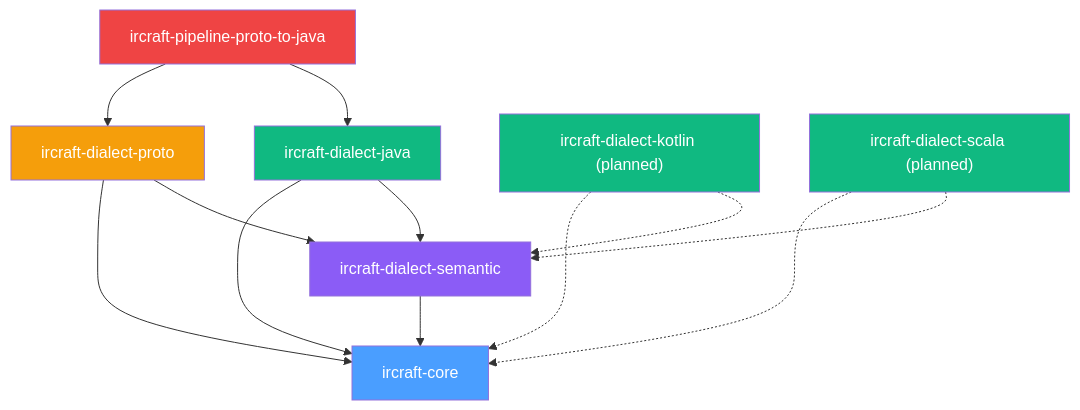
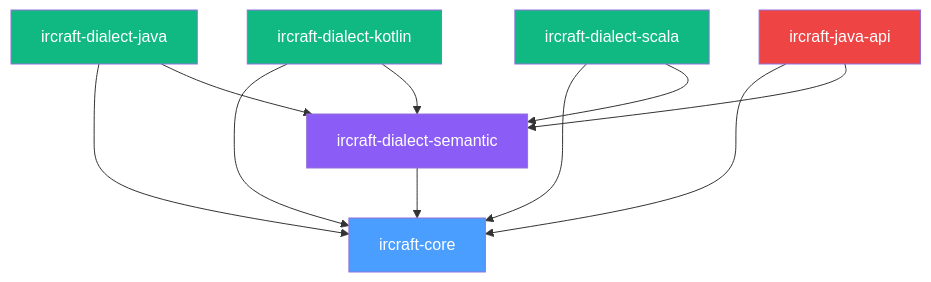
One commit to alnovis/ircraft changed the fifth of 10 diagrams in docs/ARCHITECTURE.md. Above: the diagram before and after it, drawn with Mermaid. The commit also changed other lines of this file and 51 other files, not shown here.

Commit message:
generic pass that normalizes Proto syntax into a Semantic IR representation suitable for any target language.

````diff
--- a/docs/ARCHITECTURE.md
+++ b/docs/ARCHITECTURE.md
@@ -170,30 +170,26 @@
 ```mermaid
 flowchart TB
     core["ircraft-core"]
     semantic["ircraft-dialect-semantic"]
-    proto["ircraft-dialect-proto"]
     java["ircraft-dialect-java"]
-    kotlin["ircraft-dialect-kotlin (planned)"]
-    scala["ircraft-dialect-scala (planned)"]
-    ptj["ircraft-pipeline-proto-to-java"]
+    kotlin["ircraft-dialect-kotlin"]
+    scala["ircraft-dialect-scala"]
+    javaapi["ircraft-java-api"]
 
     semantic --> core
-    proto --> core
-    proto --> semantic
     java --> core
     java --> semantic
-    kotlin -.-> core
-    kotlin -.-> semantic
-    scala -.-> core
-    scala -.-> semantic
-    ptj --> proto
-    ptj --> java
+    kotlin --> core
+    kotlin --> semantic
+    scala --> core
+    scala --> semantic
+    javaapi --> core
+    javaapi --> semantic
 
     style core fill:#4a9eff,color:#fff
     style semantic fill:#8b5cf6,color:#fff
-    style proto fill:#f59e0b,color:#fff
     style java fill:#10b981,color:#fff
     style kotlin fill:#10b981,color:#fff
     style scala fill:#10b981,color:#fff
-    style ptj fill:#ef4444,color:#fff
+    style javaapi fill:#ef4444,color:#fff
 ```
````
